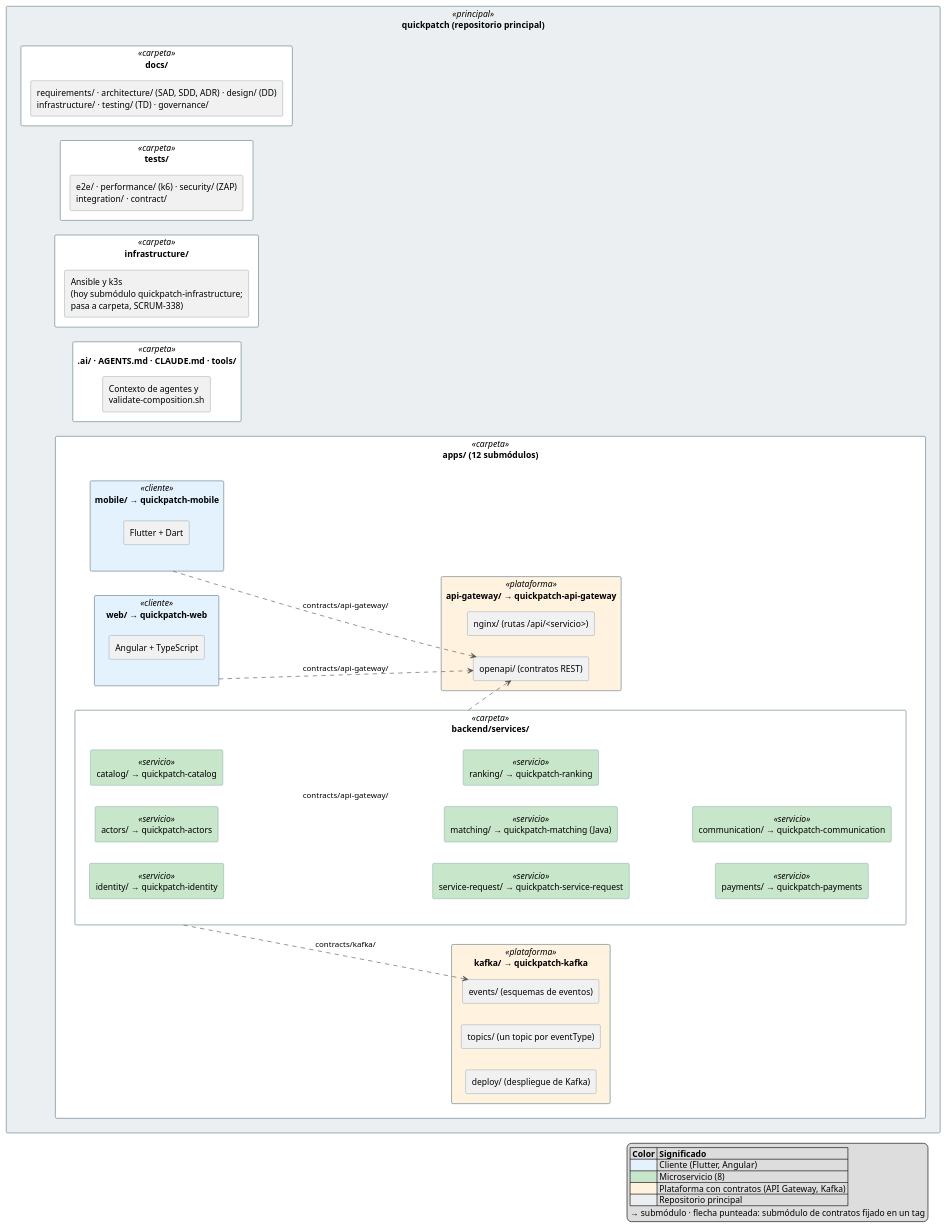
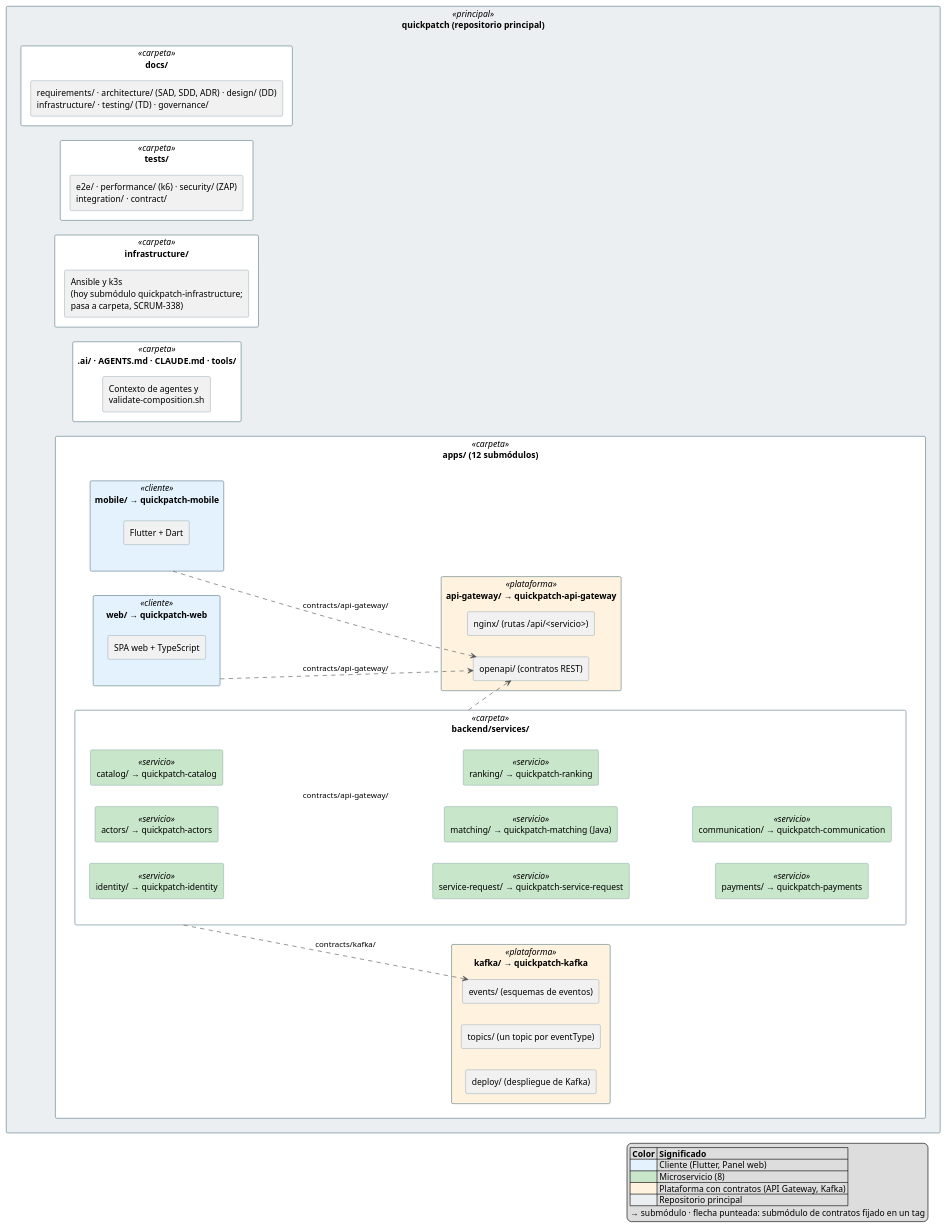
Before and after one commit to ARQUI-202630/quickpatch: the diagram in docs/architecture/diagrams/sdd/src/07_vista_desarrollo_repositorio.puml, drawn with PlantUML. The commit also changed 5 other files, not shown here.

First line of the commit message:
docs(sdd): quitar Angular de los diagramas del SAD y del SDD (SCRUM-468)

```diff
--- a/docs/architecture/diagrams/sdd/src/07_vista_desarrollo_repositorio.puml
+++ b/docs/architecture/diagrams/sdd/src/07_vista_desarrollo_repositorio.puml
@@ -1,79 +1,79 @@
 @startuml 07_vista_desarrollo_repositorio
 ' Figura de la vista de desarrollo del SDD (sección 10.1): composición del multirepo (ADR-013, ADR-021).
 ' Generar: docker run --rm -v "$PWD:/data" plantuml/plantuml -tsvg -o .. /data/07_vista_desarrollo_repositorio.puml
 skinparam defaultFontName Arial
 skinparam shadowing false
 skinparam packageStyle rectangle
 skinparam ArrowColor #555555
 left to right direction
 
 skinparam package {
   BackgroundColor<<principal>> #ECEFF1
   BackgroundColor<<cliente>> #E3F2FD
   BackgroundColor<<servicio>> #E8F5E9
   BackgroundColor<<plataforma>> #FFF3E0
   BackgroundColor<<carpeta>> #FFFFFF
   BorderColor #607D8B
 }
 skinparam rectangle {
   BackgroundColor<<servicio>> #C8E6C9
   BorderColor #607D8B
 }
 
 package "quickpatch (repositorio principal)" <<principal>> as ROOT {
   package "docs/" <<carpeta>> as DOCS {
     rectangle "requirements/ · architecture/ (SAD, SDD, ADR) · design/ (DD)\ninfrastructure/ · testing/ (TD) · governance/" as DOCS_CONTENT
   }
   package "tests/" <<carpeta>> as TESTS {
     rectangle "e2e/ · performance/ (k6) · security/ (ZAP)\nintegration/ · contract/" as TESTS_CONTENT
   }
   package "infrastructure/" <<carpeta>> as INFRA {
     rectangle "Ansible y k3s\n(hoy submódulo quickpatch-infrastructure;\npasa a carpeta, SCRUM-338)" as INFRA_CONTENT
   }
   package ".ai/ · AGENTS.md · CLAUDE.md · tools/" <<carpeta>> as AI {
     rectangle "Contexto de agentes y\nvalidate-composition.sh" as AI_CONTENT
   }
 
   package "apps/ (12 submódulos)" <<carpeta>> as APPS {
     package "mobile/ → quickpatch-mobile" <<cliente>> as MOBILE {
       rectangle "Flutter + Dart" as MOBILE_STACK
     }
     package "web/ → quickpatch-web" <<cliente>> as WEB {
-      rectangle "Angular + TypeScript" as WEB_STACK
+      rectangle "SPA web + TypeScript" as WEB_STACK
     }
     package "api-gateway/ → quickpatch-api-gateway" <<plataforma>> as GW {
       rectangle "nginx/ (rutas /api/<servicio>)" as GW_NGINX
       rectangle "openapi/ (contratos REST)" as GW_OPENAPI
     }
     package "backend/services/" <<carpeta>> as SERVICES {
       rectangle "identity/ → quickpatch-identity" <<servicio>> as ID
       rectangle "actors/ → quickpatch-actors" <<servicio>> as ACT
       rectangle "catalog/ → quickpatch-catalog" <<servicio>> as CAT
       rectangle "service-request/ → quickpatch-service-request" <<servicio>> as SR
       rectangle "matching/ → quickpatch-matching (Java)" <<servicio>> as MATCH
       rectangle "ranking/ → quickpatch-ranking" <<servicio>> as RANK
       rectangle "payments/ → quickpatch-payments" <<servicio>> as PAY
       rectangle "communication/ → quickpatch-communication" <<servicio>> as COMM
     }
     package "kafka/ → quickpatch-kafka" <<plataforma>> as KAFKA {
       rectangle "events/ (esquemas de eventos)" as K_EVENTS
       rectangle "topics/ (un topic por eventType)" as K_TOPICS
       rectangle "deploy/ (despliegue de Kafka)" as K_DEPLOY
     }
   }
 }
 
 SERVICES ..> GW_OPENAPI : contracts/api-gateway/
 SERVICES ..> K_EVENTS : contracts/kafka/
 WEB ..> GW_OPENAPI : contracts/api-gateway/
 MOBILE ..> GW_OPENAPI : contracts/api-gateway/
 
 legend right
   |= Color |= Significado |
-  |<#E3F2FD>| Cliente (Flutter, Angular) |
+  |<#E3F2FD>| Cliente (Flutter, Panel web) |
   |<#C8E6C9>| Microservicio (8) |
   |<#FFF3E0>| Plataforma con contratos (API Gateway, Kafka) |
   |<#ECEFF1>| Repositorio principal |
   → submódulo · flecha punteada: submódulo de contratos fijado en un tag
 endlegend
 @enduml
```
